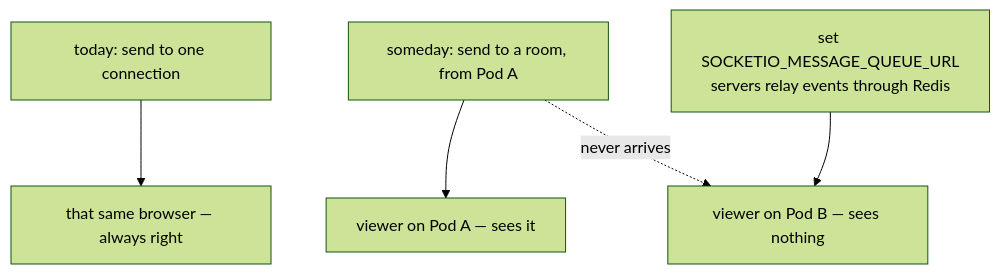
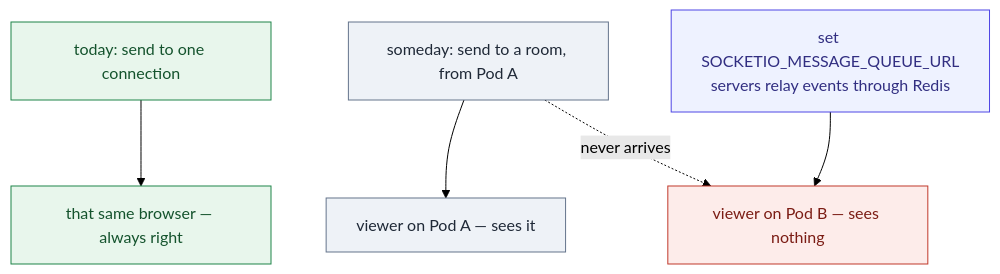
The ninth of 15 diagrams in docs/TESTING-SCALING.md (selvakumarperumal/Corporate_Filing_Analyzer_Agent), drawn with Mermaid (forest theme) before and after one commit. The commit also changed other lines of this file, not shown here.

Commit message:
docs: style mermaid diagrams and add 'When it happens' context callouts across scaling test rows

````diff
--- a/docs/TESTING-SCALING.md
+++ b/docs/TESTING-SCALING.md
@@ -854,7 +964,16 @@
 ```mermaid
 flowchart TB
   E1["today: send to one connection"] --> C1["that same browser — always right"]
   E2["someday: send to a room, from Pod A"] --> V1["viewer on Pod A — sees it"]
   E2 -.->|"never arrives"| V2["viewer on Pod B — sees nothing"]
   FIX["set SOCKETIO_MESSAGE_QUEUE_URL<br/>servers relay events through Redis"] --> V2
+  classDef step fill:#eef2f7,stroke:#64748b,color:#1f2937
+  classDef bad fill:#fdecea,stroke:#c0392b,color:#7b1c14
+  classDef good fill:#e8f6ec,stroke:#1e8449,color:#14532d
+  classDef warn fill:#fff4e0,stroke:#b7791f,color:#7c4a03
+  classDef fix fill:#eef2ff,stroke:#4f46e5,color:#312e81
+  class E1,C1 good
+  class E2,V1 step
+  class V2 bad
+  class FIX fix
 ```
````
